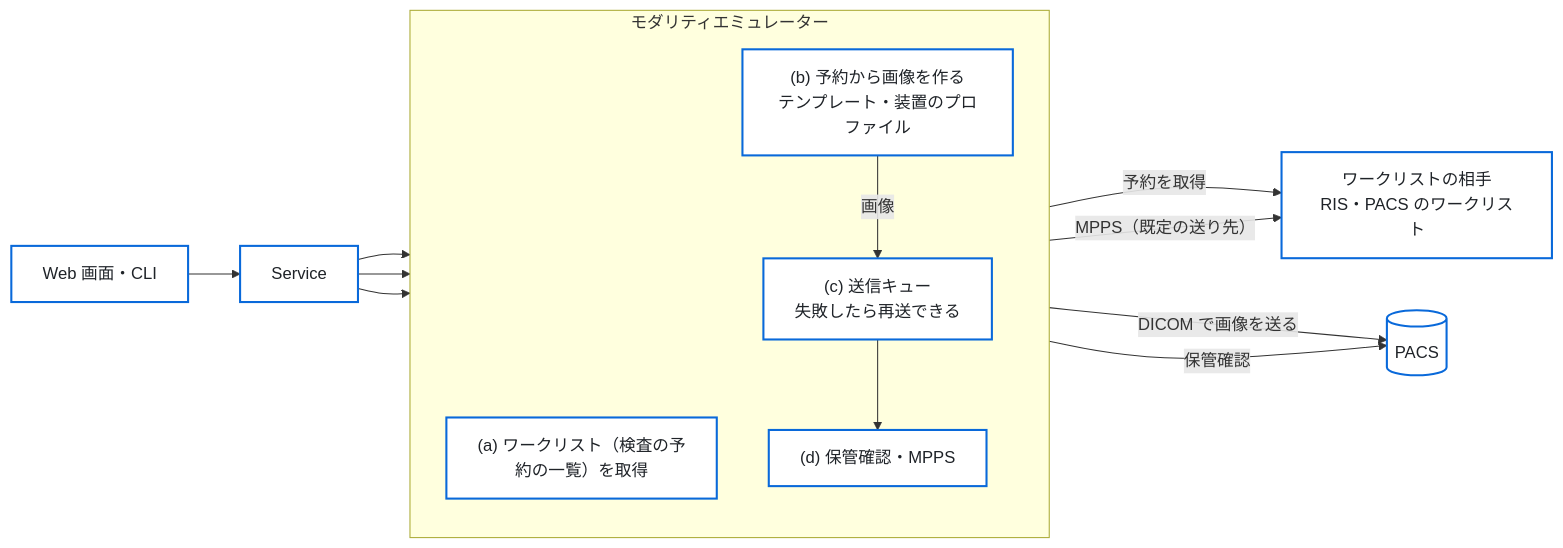
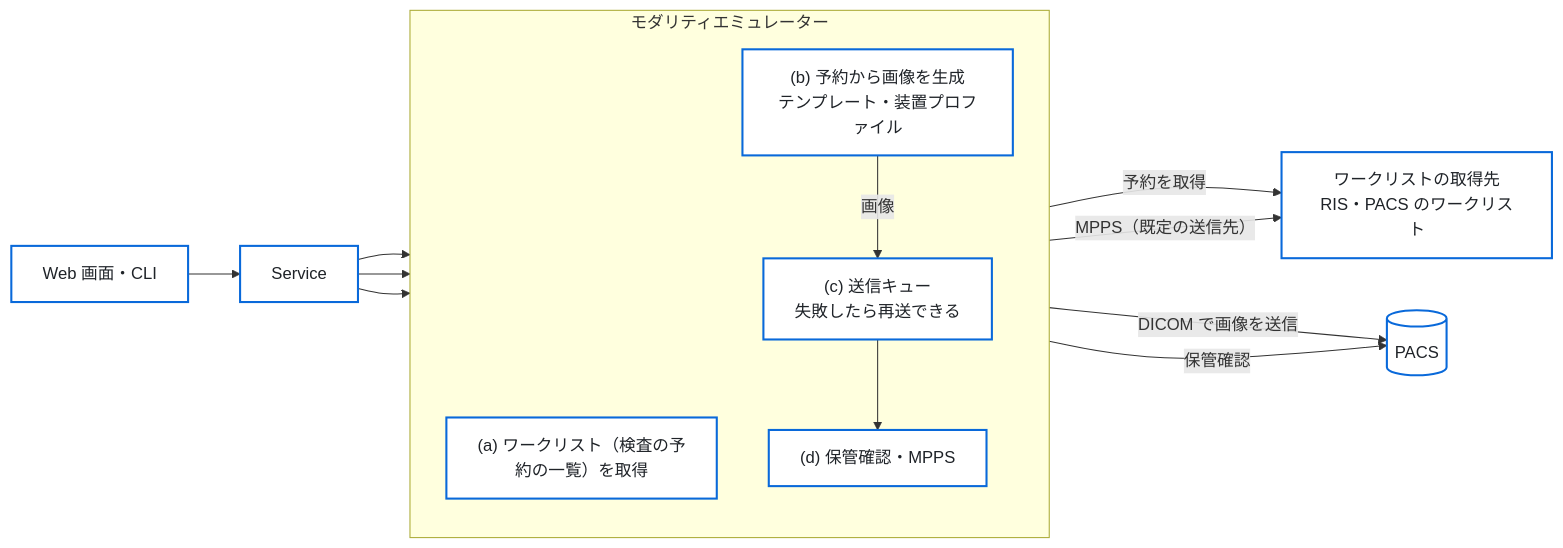
One commit to jeysunit/dicom-test-generator changed the first of 2 diagrams in docs/architecture.md. Above: the diagram before and after it, drawn with Mermaid. The commit also changed other lines of this file and 33 other files, not shown here.

````diff
--- a/docs/architecture.md
+++ b/docs/architecture.md
@@ -17,27 +17,27 @@
 ```mermaid
 flowchart LR
   classDef box fill:#ffffff,stroke:#0969da,stroke-width:2px,color:#1f2328
 
   UI["Web 画面・CLI"]:::box
   SVC["Service"]:::box
   subgraph FLOW["モダリティエミュレーター"]
     direction TB
     MWL["(a) ワークリスト（検査の予約の一覧）を取得"]:::box
-    MAKE["(b) 予約から画像を作る<br/>テンプレート・装置のプロファイル"]:::box
+    MAKE["(b) 予約から画像を生成<br/>テンプレート・装置プロファイル"]:::box
     QUEUE["(c) 送信キュー<br/>失敗したら再送できる"]:::box
     COMMIT["(d) 保管確認・MPPS"]:::box
   end
-  RIS["ワークリストの相手<br/>RIS・PACS のワークリスト"]:::box
+  RIS["ワークリストの取得先<br/>RIS・PACS のワークリスト"]:::box
   PACS[("PACS")]:::box
 
   UI --> SVC
   SVC --> MWL
   SVC --> MAKE
   SVC --> QUEUE
   MWL -->|"予約を取得"| RIS
   MAKE -->|"画像"| QUEUE
-  QUEUE -->|"DICOM で画像を送る"| PACS
+  QUEUE -->|"DICOM で画像を送信"| PACS
   QUEUE --> COMMIT
   COMMIT -->|"保管確認"| PACS
-  COMMIT -->|"MPPS（既定の送り先）"| RIS
+  COMMIT -->|"MPPS（既定の送信先）"| RIS
 ```
````
